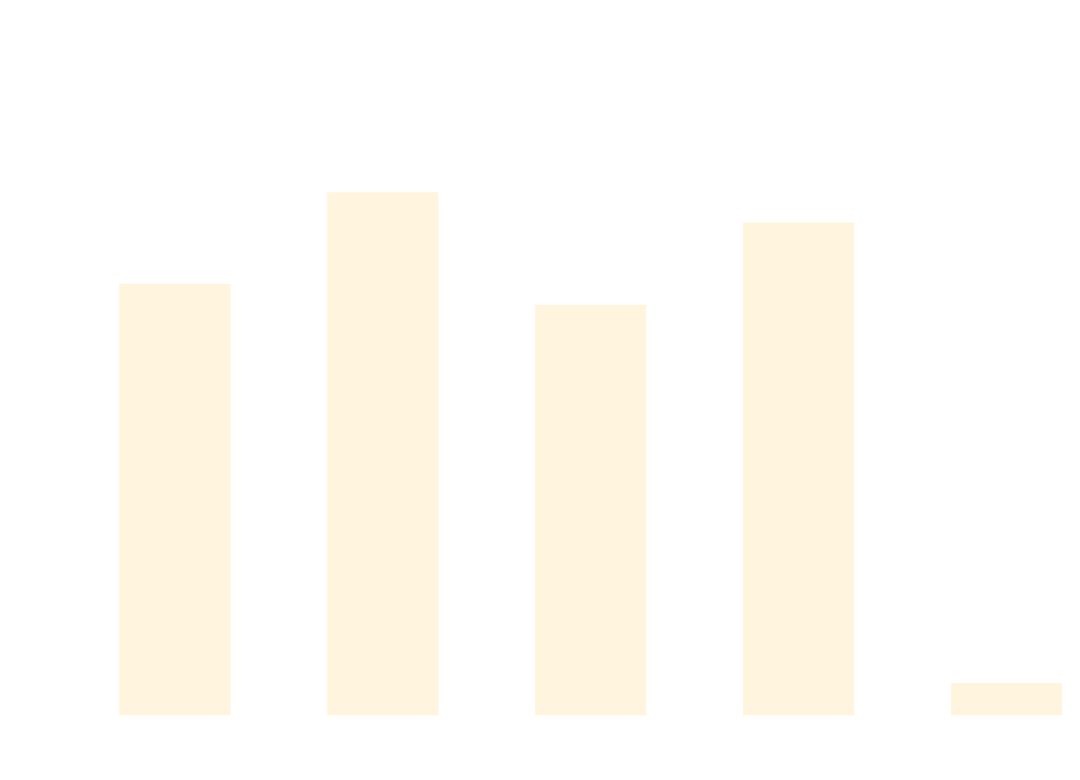
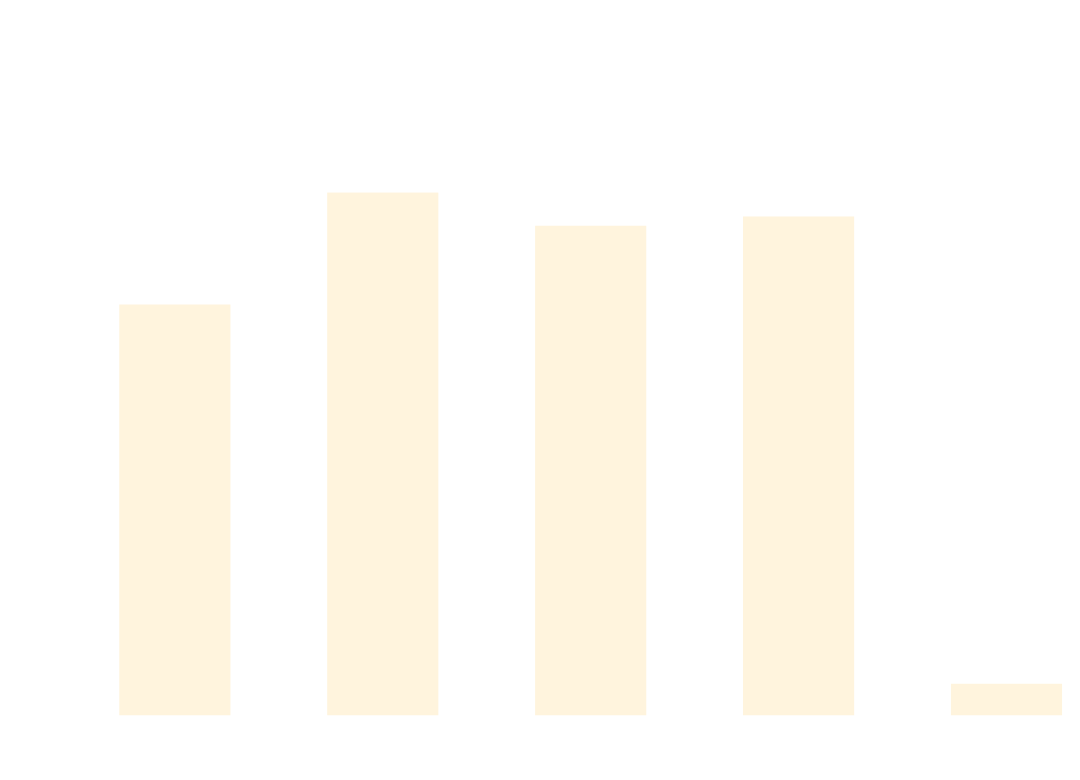
The diagram in docs/docs/benchmarks/DataDrivenTests.md (thomhurst/TUnit), drawn with Mermaid before and after one commit. The commit also changed other lines of this file and 17 other files, not shown here.

````diff
--- a/docs/docs/benchmarks/DataDrivenTests.md
+++ b/docs/docs/benchmarks/DataDrivenTests.md
@@ -27,37 +27,37 @@
 ```mermaid
 %%{init: {
   'theme':'base',
   'themeVariables': {
     'primaryColor': '#2563eb',
     'primaryTextColor': '#ffffff',
     'primaryBorderColor': '#1e40af',
     'lineColor': '#6b7280',
     'secondaryColor': '#7c3aed',
     'tertiaryColor': '#dc2626',
     'background': '#ffffff',
     'mainBkg': '#2563eb',
     'secondBkg': '#7c3aed',
     'tertiaryBkg': '#dc2626',
     'clusterBkg': '#f3f4f6',
     'edgeLabelBackground': '#ffffff',
     'tertiaryTextColor': '#1f2937',
     'pie1': '#2563eb',
     'pie2': '#7c3aed',
     'pie3': '#dc2626',
     'pie4': '#f59e0b',
     'pie5': '#10b981',
     'pie6': '#06b6d4',
     'pie7': '#ec4899',
     'pie8': '#6366f1',
     'pie9': '#84cc16',
     'pie10': '#f97316',
     'pie11': '#14b8a6',
     'pie12': '#a855f7'
   }
 }}%%
 xychart-beta
   title "DataDrivenTests Performance Comparison"
   x-axis ["TUnit", "NUnit", "MSTest", "xUnit3", "TUnit_AOT"]
-  y-axis "Time (ms)" 0 --> 725
-  bar [496.09, 604.12, 471.16, 568.44, 24.13]
+  y-axis "Time (ms)" 0 --> 786
+  bar [511.2, 654.61, 612.1, 623.96, 25.28]
 ```
````
